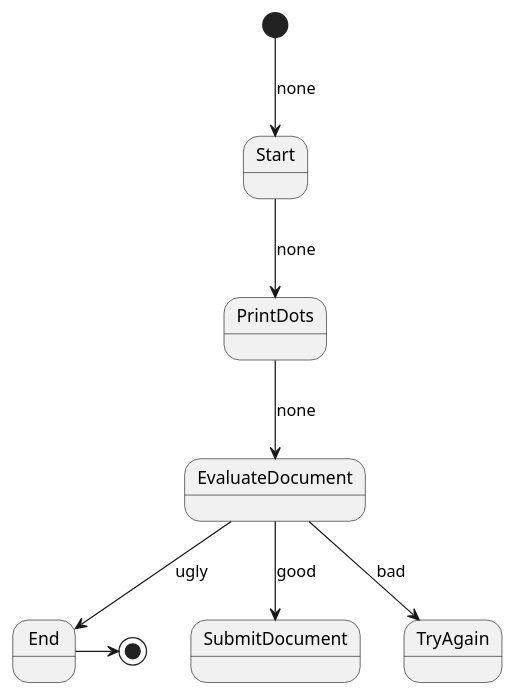
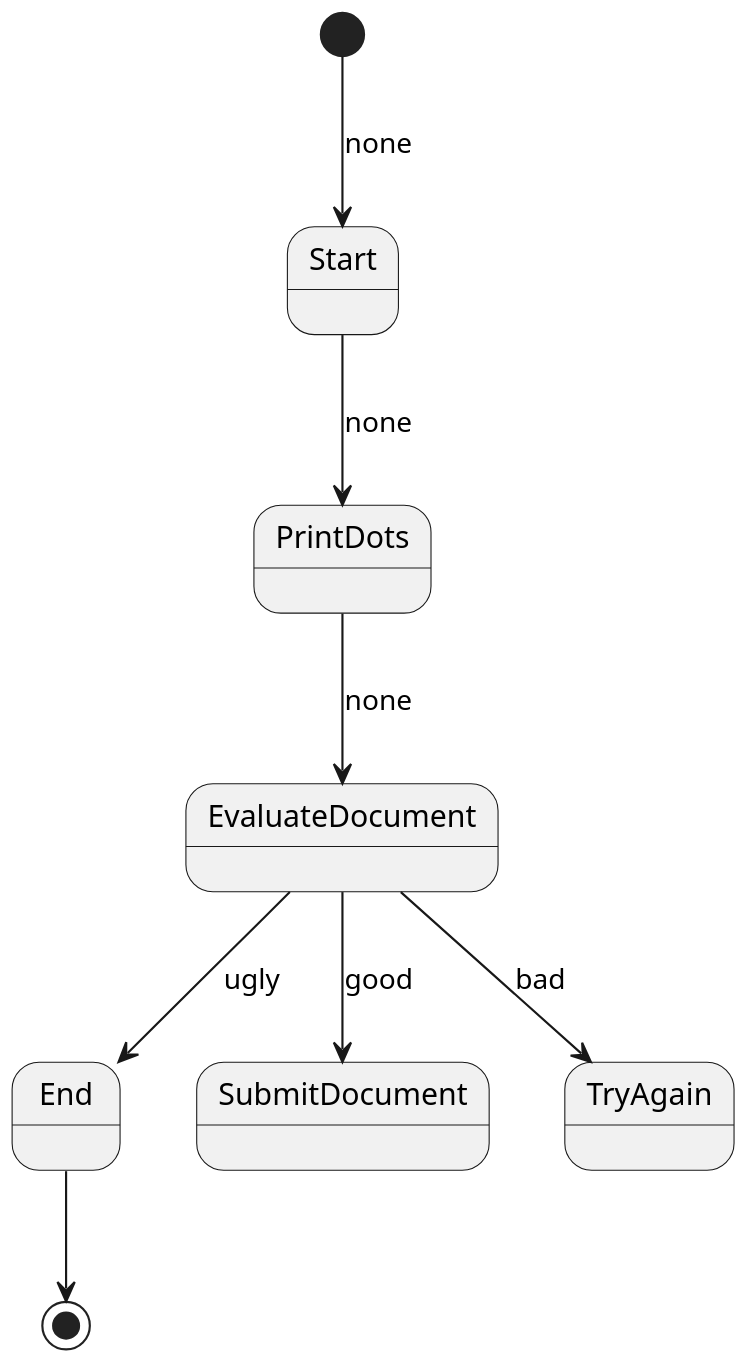
Before and after one commit to slemjet/JpdlConverter: the diagram in src/main/java/com/slemjet/jpdlconverter/uml/converted.puml, drawn with PlantUML. The commit also changed 3 other files, not shown here.

```diff
--- a/src/main/java/com/slemjet/jpdlconverter/uml/converted.puml
+++ b/src/main/java/com/slemjet/jpdlconverter/uml/converted.puml
@@ -1,10 +1,10 @@
 @startuml
-
+scale 600 width
 [*] --> Start : none
 Start --> PrintDots : none
 PrintDots --> EvaluateDocument : none
 EvaluateDocument --> End : ugly
 EvaluateDocument --> SubmitDocument : good
 EvaluateDocument --> TryAgain : bad
-End -> [*]
+End --> [*]
 @enduml
```
